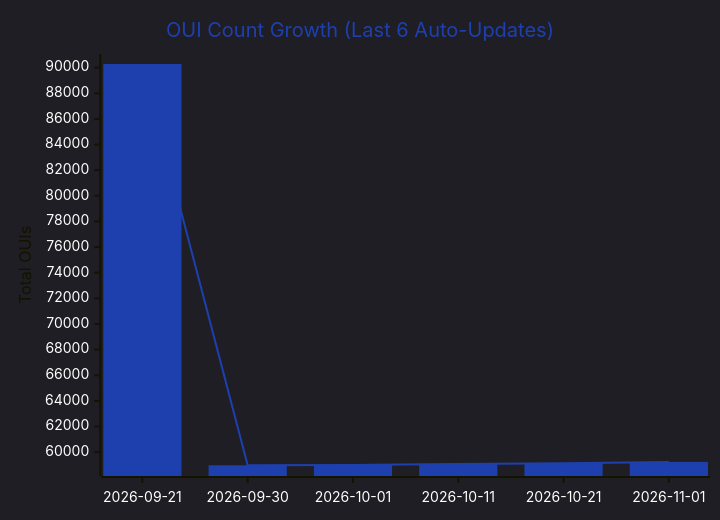
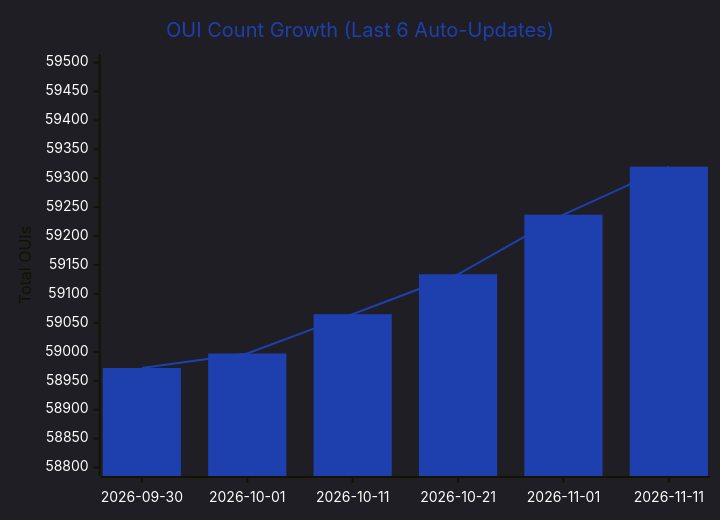
Before and after one commit to zqf20096327/dbhub_collect: the first of 5 diagrams in data/readmes/Ringmast4r__OUI-Master-Database.md, drawn with Mermaid. The commit also changed other lines of this file and 983 other files, not shown here.

````diff
--- a/data/readmes/Ringmast4r__OUI-Master-Database.md
+++ b/data/readmes/Ringmast4r__OUI-Master-Database.md
@@ -75,9 +75,9 @@
 ```mermaid
 %%{init: {'theme':'dark', 'themeVariables': {'xyChart': {'backgroundColor':'#00000000','plotColorPalette':'#1E40AF','titleColor':'#1E40AF','xAxisLabelColor':'#ffffff','yAxisLabelColor':'#ffffff'}}}}%%
 xychart-beta
     title "OUI Count Growth (Last 6 Auto-Updates)"
-    x-axis ["2026-09-21", "2026-09-30", "2026-10-01", "2026-10-11", "2026-10-21", "2026-11-01"]
-    y-axis "Total OUIs" 58800 --> 90400
-    bar [90281, 58972, 58997, 59065, 59134, 59237]
-    line [90281, 58972, 58997, 59065, 59134, 59237]
+    x-axis ["2026-09-30", "2026-10-01", "2026-10-11", "2026-10-21", "2026-11-01", "2026-11-11"]
+    y-axis "Total OUIs" 58800 --> 59500
+    bar [58972, 58997, 59065, 59134, 59237, 59320]
+    line [58972, 58997, 59065, 59134, 59237, 59320]
 ```
````
